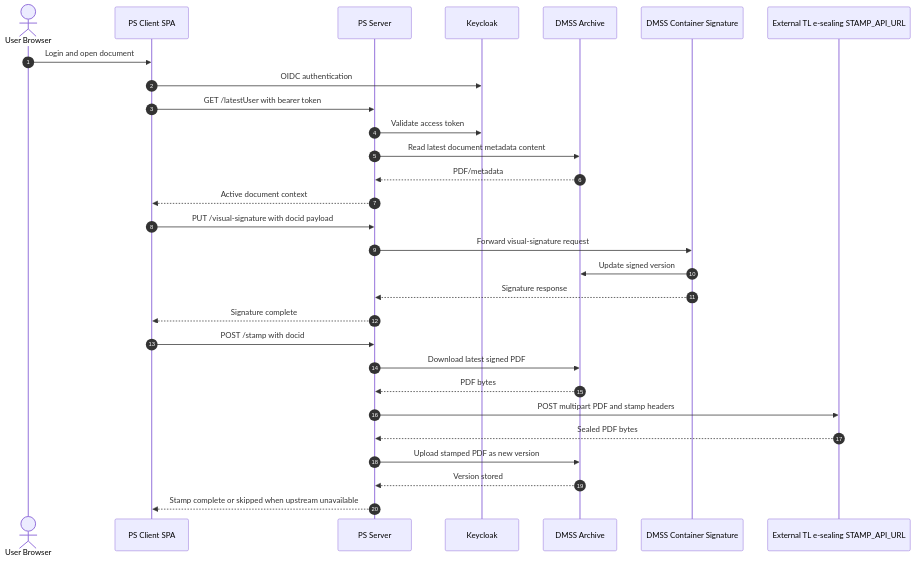
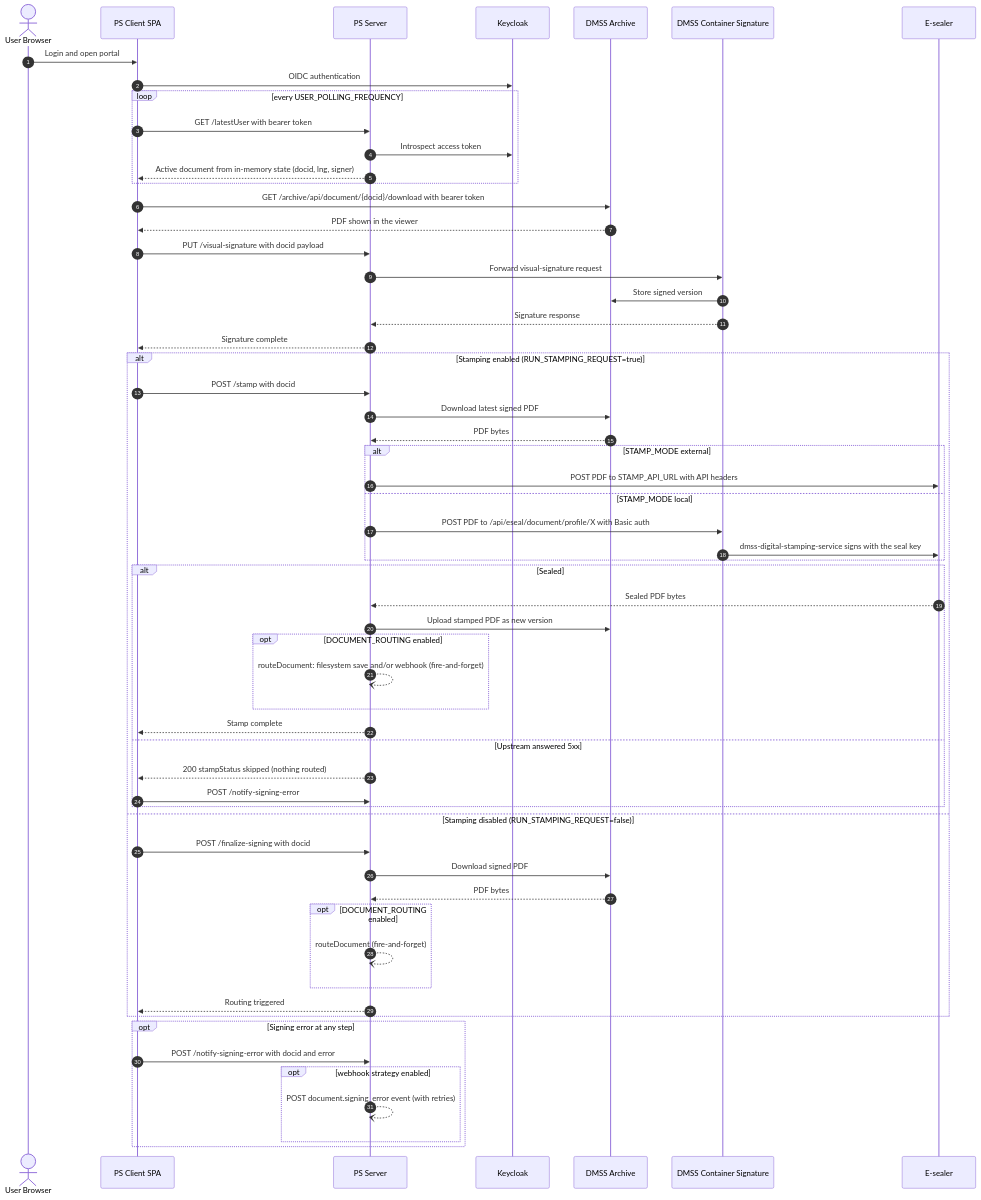
The diagram in documentation/34-02-signing-and-stamping-execution-flow.md (mihailsgo/ps-app-cloud-deployment), drawn with Mermaid before and after one commit. The commit also changed other lines of this file and 11 other files, not shown here.

First line of the commit message:
docs: fix stale Keycloak, config and architecture docs found in the psapp audit

````diff
--- a/documentation/34-02-signing-and-stamping-execution-flow.md
+++ b/documentation/34-02-signing-and-stamping-execution-flow.md
@@ -3,34 +5,65 @@
 ```mermaid
 sequenceDiagram
   autonumber
   actor User as User Browser
   participant SPA as PS Client SPA
   participant API as PS Server
   participant KC as Keycloak
   participant ARC as DMSS Archive
   participant SIG as DMSS Container Signature
-  participant ESEAL as External TL e-sealing STAMP_API_URL
+  participant ESEAL as E-sealer
 
-  User->>SPA: Login and open document
+  User->>SPA: Login and open portal
   SPA->>KC: OIDC authentication
-  SPA->>API: GET /latestUser with bearer token
-  API->>KC: Validate access token
-  API->>ARC: Read latest document metadata content
-  ARC-->>API: PDF/metadata
-  API-->>SPA: Active document context
+  loop every USER_POLLING_FREQUENCY
+    SPA->>API: GET /latestUser with bearer token
+    API->>KC: Introspect access token
+    API-->>SPA: Active document from in-memory state (docid, lng, signer)
+  end
+  SPA->>ARC: GET /archive/api/document/{docid}/download with bearer token
+  ARC-->>SPA: PDF shown in the viewer
 
   SPA->>API: PUT /visual-signature with docid payload
   API->>SIG: Forward visual-signature request
-  SIG->>ARC: Update signed version
+  SIG->>ARC: Store signed version
   SIG-->>API: Signature response
   API-->>SPA: Signature complete
 
-  SPA->>API: POST /stamp with docid
-  API->>ARC: Download latest signed PDF
-  ARC-->>API: PDF bytes
-  API->>ESEAL: POST multipart PDF and stamp headers
-  ESEAL-->>API: Sealed PDF bytes
-  API->>ARC: Upload stamped PDF as new version
-  ARC-->>API: Version stored
-  API-->>SPA: Stamp complete or skipped when upstream unavailable
+  alt Stamping enabled (RUN_STAMPING_REQUEST=true)
+    SPA->>API: POST /stamp with docid
+    API->>ARC: Download latest signed PDF
+    ARC-->>API: PDF bytes
+    alt STAMP_MODE external
+      API->>ESEAL: POST PDF to STAMP_API_URL with API headers
+    else STAMP_MODE local
+      API->>SIG: POST PDF to /api/eseal/document/profile/X with Basic auth
+      SIG->>ESEAL: dmss-digital-stamping-service signs with the seal key
+    end
+    alt Sealed
+      ESEAL-->>API: Sealed PDF bytes
+      API->>ARC: Upload stamped PDF as new version
+      opt DOCUMENT_ROUTING enabled
+        API--)API: routeDocument: filesystem save and/or webhook (fire-and-forget)
+      end
+      API-->>SPA: Stamp complete
+    else Upstream answered 5xx
+      API-->>SPA: 200 stampStatus skipped (nothing routed)
+      SPA->>API: POST /notify-signing-error
+    end
+  else Stamping disabled (RUN_STAMPING_REQUEST=false)
+    SPA->>API: POST /finalize-signing with docid
+    API->>ARC: Download signed PDF
+    ARC-->>API: PDF bytes
+    opt DOCUMENT_ROUTING enabled
+      API--)API: routeDocument (fire-and-forget)
+    end
+    API-->>SPA: Routing triggered
+  end
+
+  opt Signing error at any step
+    SPA->>API: POST /notify-signing-error with docid and error
+    opt webhook strategy enabled
+      API--)API: POST document.signing_error event (with retries)
+    end
+  end
 ```
````
